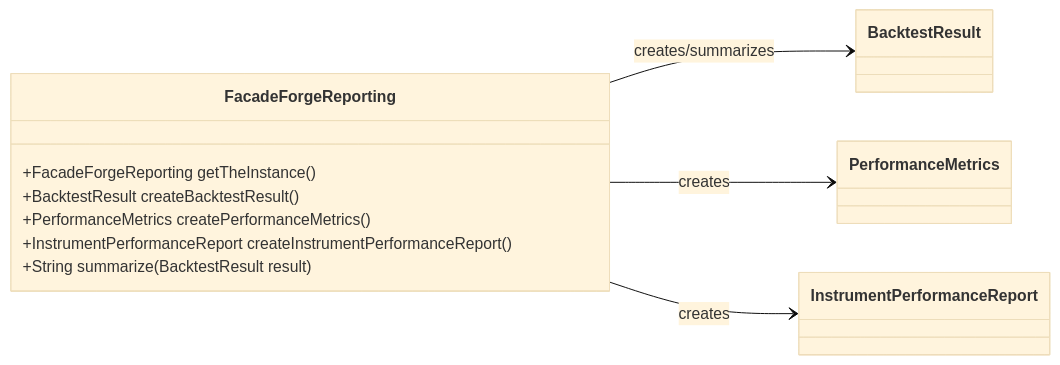
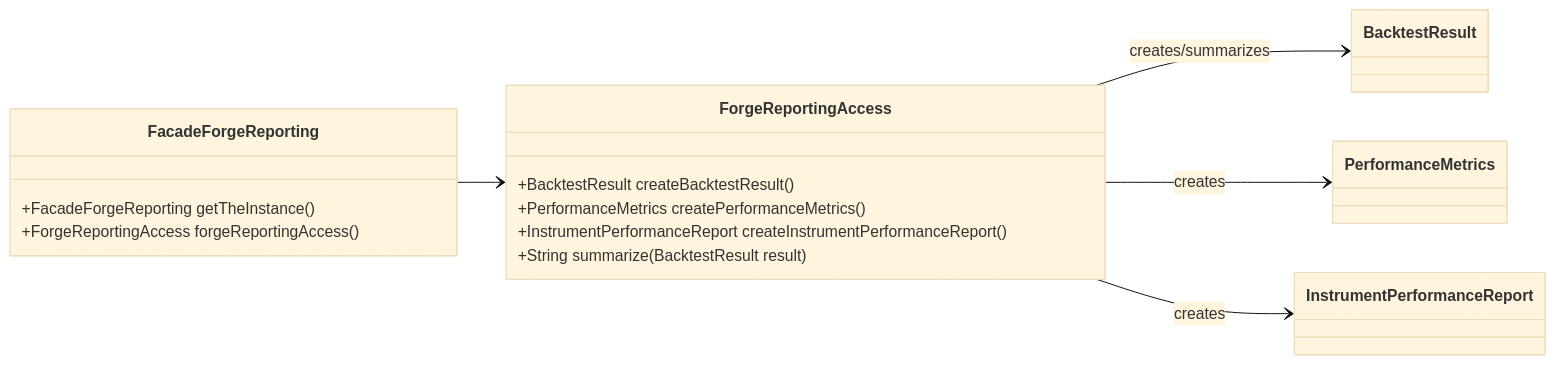
One commit to probst-paul/FORGE changed diagram 11 of 13 in class-model.md. Above: the diagram before and after it, drawn with Mermaid (base theme). The commit also changed other lines of this file and 16 other files, not shown here.

First line of the commit message:
Add Forge*Access facades and refactor facades

````diff
--- a/class-model.md
+++ b/class-model.md
@@ -467,20 +527,25 @@
 ```mermaid
 classDiagram
     direction LR
 
     class FacadeForgeReporting {
         +FacadeForgeReporting getTheInstance()
+        +ForgeReportingAccess forgeReportingAccess()
+    }
+
+    class ForgeReportingAccess {
         +BacktestResult createBacktestResult()
         +PerformanceMetrics createPerformanceMetrics()
         +InstrumentPerformanceReport createInstrumentPerformanceReport()
         +String summarize(BacktestResult result)
     }
 
     class BacktestResult
     class PerformanceMetrics
     class InstrumentPerformanceReport
 
-    FacadeForgeReporting --> BacktestResult : creates/summarizes
-    FacadeForgeReporting --> PerformanceMetrics : creates
-    FacadeForgeReporting --> InstrumentPerformanceReport : creates
+    FacadeForgeReporting --> ForgeReportingAccess
+    ForgeReportingAccess --> BacktestResult : creates/summarizes
+    ForgeReportingAccess --> PerformanceMetrics : creates
+    ForgeReportingAccess --> InstrumentPerformanceReport : creates
 ```
````
